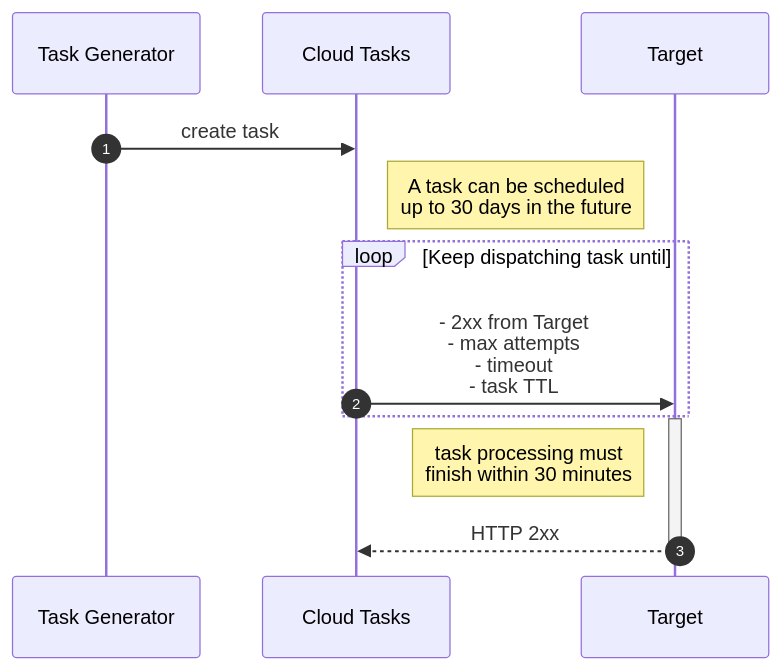
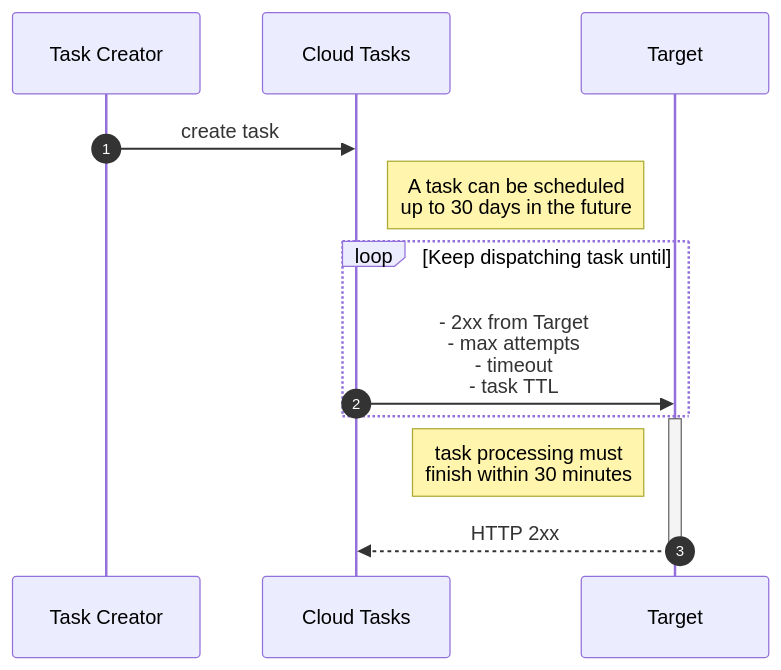
The diagram in pages/basic-example.md (jackdbd/cloud-tasks-devfest-milano-2023-slides), drawn with Mermaid before and after one commit. The commit also changed 36 other files, not shown here.

````diff
--- a/pages/basic-example.md
+++ b/pages/basic-example.md
@@ -7,16 +7,16 @@
 ```mermaid {theme: 'default', scale: 0.8}
 sequenceDiagram
     autonumber
-    participant TG as Task Generator
+    participant TC as Task Creator
     participant CT as Cloud Tasks
     participant Target
-    TG->>CT: create task
+    TC->>CT: create task
     Note right of CT: A task can be scheduled<br/>up to 30 days in the future
     loop Keep dispatching task until
         CT->>Target: - 2xx from Target<br />- max attempts<br />- timeout<br />- task TTL
     end
     activate Target
     Note left of Target: task processing must<br />finish within 30 minutes
     Target-->>CT: HTTP 2xx
     deactivate Target
 ```
````
